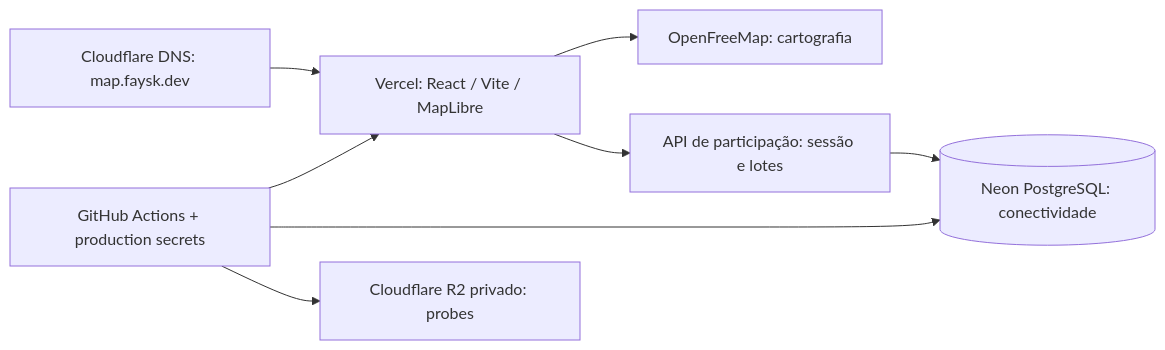
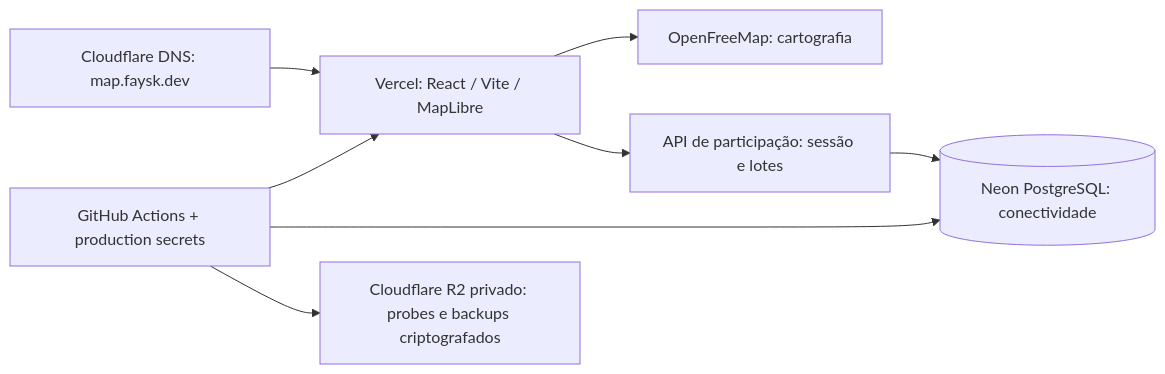
One commit to Faysk/world-pulse changed the diagram in README.md. Above: the diagram before and after it, drawn with Mermaid. The commit also changed 1 other file, not shown here.

Commit message:
Record production backup proof and current operational limits (#141)

````diff
--- a/README.md
+++ b/README.md
@@ -23,10 +23,10 @@
 ```mermaid
 flowchart LR
   DNS[Cloudflare DNS: map.faysk.dev] --> WEB[Vercel: React / Vite / MapLibre]
   WEB --> TILES[OpenFreeMap: cartografia]
   GH[GitHub Actions + production secrets] --> WEB
   GH --> DB[(Neon PostgreSQL: conectividade)]
-  GH --> R2[Cloudflare R2 privado: probes]
+  GH --> R2[Cloudflare R2 privado: probes e backups criptografados]
   API[API de participação: sessão e lotes] --> DB
   WEB --> API
 ```
````
